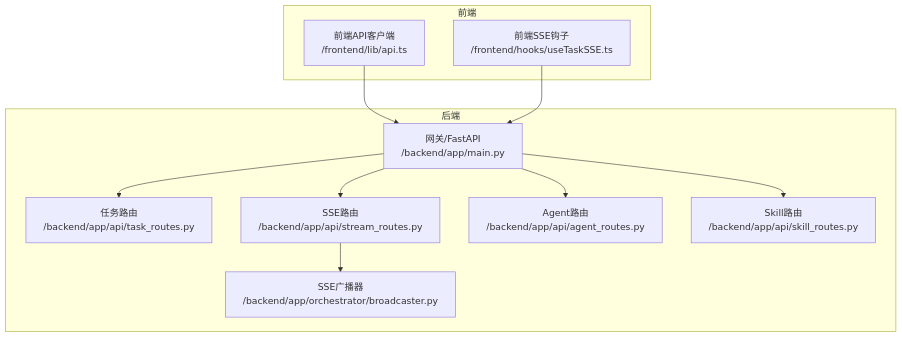
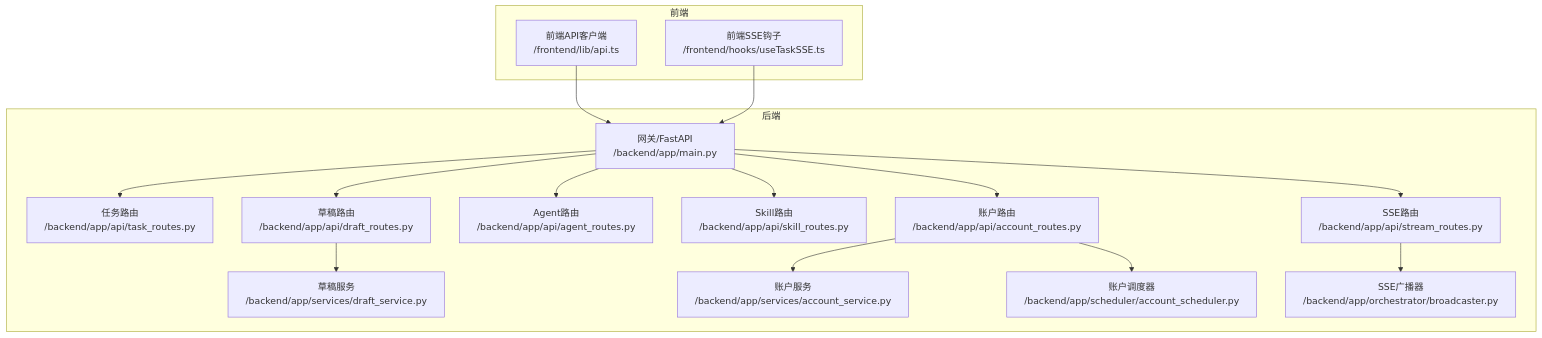
One commit to sansansansansan2022-web/hotclaw changed the first of 5 diagrams in .qoder/repowiki/zh/content/API接口文档/API接口文档.md. Above: the diagram before and after it, drawn with Mermaid. The commit also changed other lines of this file and 44 other files, not shown here.

````diff
--- a/.qoder/repowiki/zh/content/API接口文档/API接口文档.md
+++ b/.qoder/repowiki/zh/content/API接口文档/API接口文档.md
@@ -41,22 +49,32 @@
 ```mermaid
 graph TB
 subgraph "前端"
 FE_API["前端API客户端<br/>/frontend/lib/api.ts"]
 FE_SSE["前端SSE钩子<br/>/frontend/hooks/useTaskSSE.ts"]
 end
 subgraph "后端"
 GW["网关/FastAPI<br/>/backend/app/main.py"]
 TASK["任务路由<br/>/backend/app/api/task_routes.py"]
 STREAM["SSE路由<br/>/backend/app/api/stream_routes.py"]
 AGENT["Agent路由<br/>/backend/app/api/agent_routes.py"]
 SKILL["Skill路由<br/>/backend/app/api/skill_routes.py"]
+DRAFT["草稿路由<br/>/backend/app/api/draft_routes.py"]
+ACCOUNT["账户路由<br/>/backend/app/api/account_routes.py"]
+DRAFT_SRV["草稿服务<br/>/backend/app/services/draft_service.py"]
+ACCOUNT_SRV["账户服务<br/>/backend/app/services/account_service.py"]
+SCHED["账户调度器<br/>/backend/app/scheduler/account_scheduler.py"]
 BROAD["SSE广播器<br/>/backend/app/orchestrator/broadcaster.py"]
 end
 FE_API --> GW
 FE_SSE --> GW
 GW --> TASK
 GW --> STREAM
 GW --> AGENT
 GW --> SKILL
+GW --> DRAFT
+GW --> ACCOUNT
 STREAM --> BROAD
+DRAFT --> DRAFT_SRV
+ACCOUNT --> ACCOUNT_SRV
+ACCOUNT --> SCHED
 ```
````
